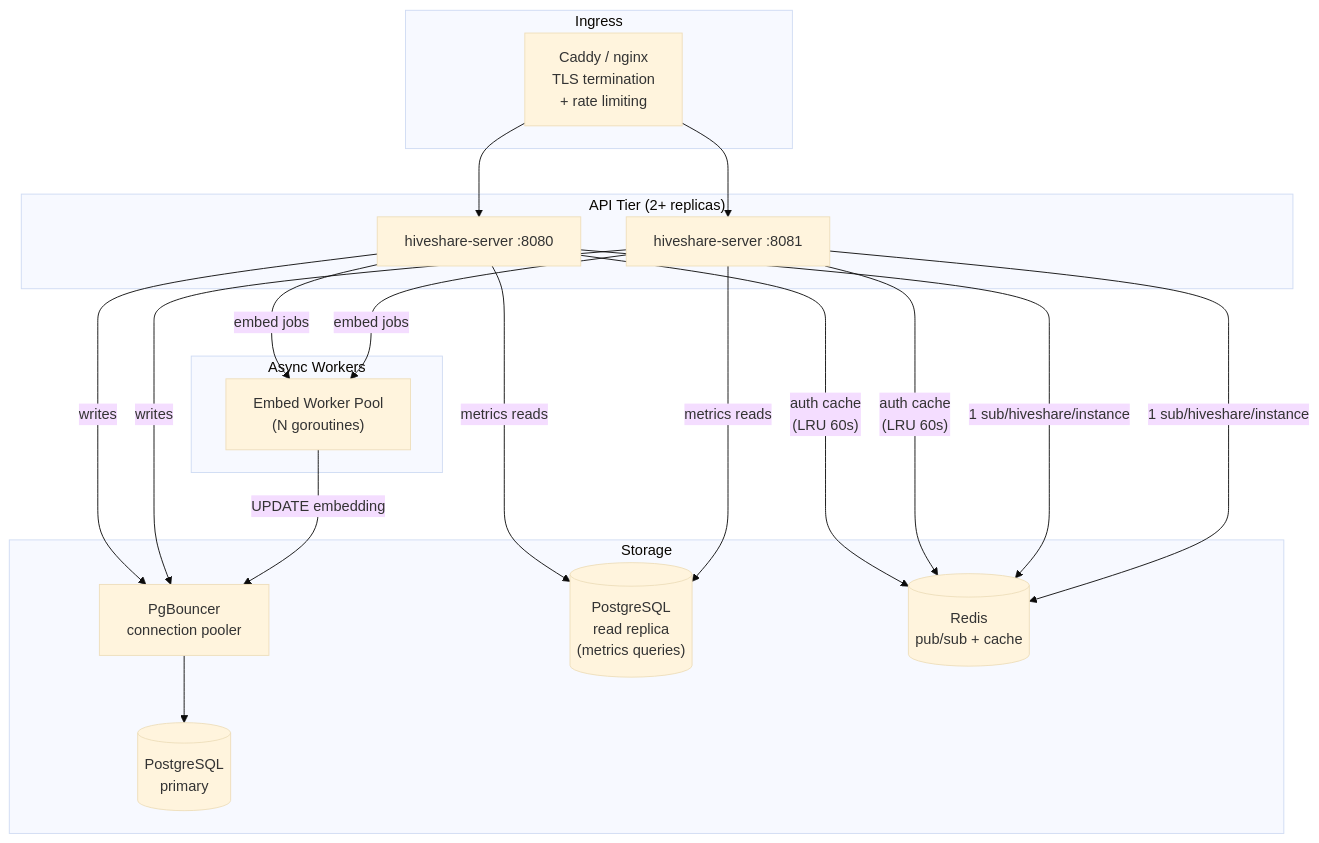
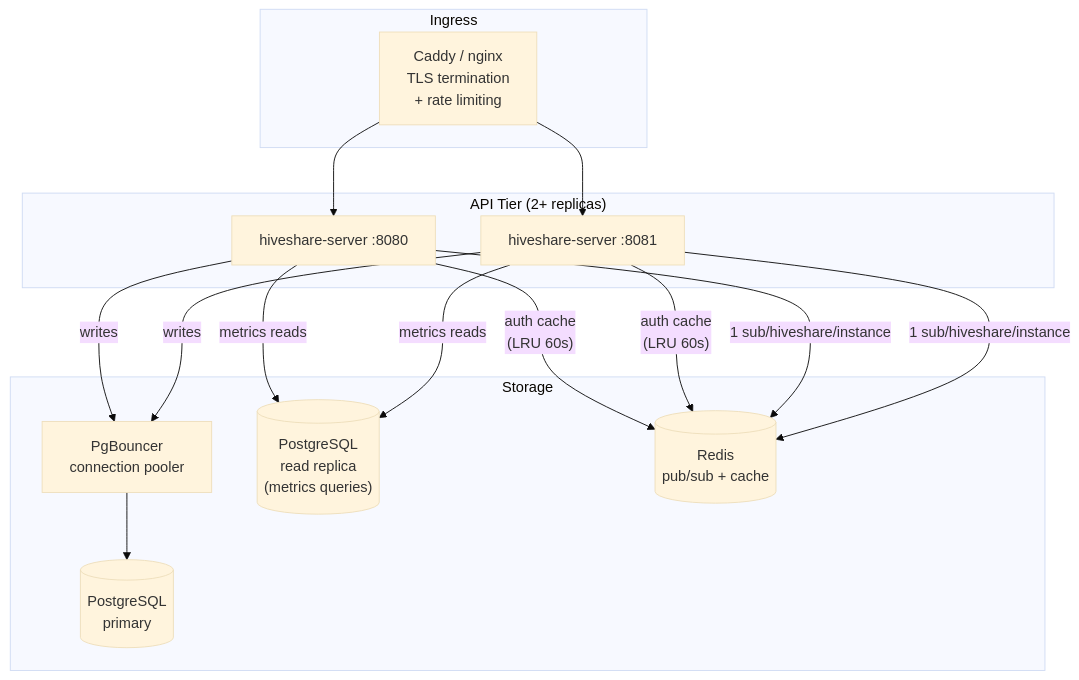
The seventh of 8 diagrams in docs/ARCHITECTURE.md (KB-perByte/hiveshare), drawn with Mermaid (base theme) before and after one commit. The commit also changed other lines of this file and 3 other files, not shown here.

````diff
--- a/docs/ARCHITECTURE.md
+++ b/docs/ARCHITECTURE.md
@@ -297,30 +230,24 @@
 ```mermaid
 graph TB
     subgraph Ingress["Ingress"]
         Caddy["Caddy / nginx\nTLS termination\n+ rate limiting"]
     end
 
     subgraph App["API Tier (2+ replicas)"]
         S1["hiveshare-server :8080"]
         S2["hiveshare-server :8081"]
-    end
-
-    subgraph Workers["Async Workers"]
-        EW["Embed Worker Pool\n(N goroutines)"]
     end
 
     subgraph Storage["Storage"]
         PGB["PgBouncer\nconnection pooler"]
         PG[("PostgreSQL\nprimary")]
         PGR[("PostgreSQL\nread replica\n(metrics queries)")]
         Redis[("Redis\npub/sub + cache")]
     end
 
     Caddy --> S1 & S2
     S1 & S2 -->|"auth cache\n(LRU 60s)"| Redis
     S1 & S2 -->|"writes"| PGB --> PG
     S1 & S2 -->|"metrics reads"| PGR
-    S1 & S2 -->|"embed jobs"| EW
-    EW -->|"UPDATE embedding"| PGB
     S1 & S2 -->|"1 sub/hiveshare/instance"| Redis
 ```
````
